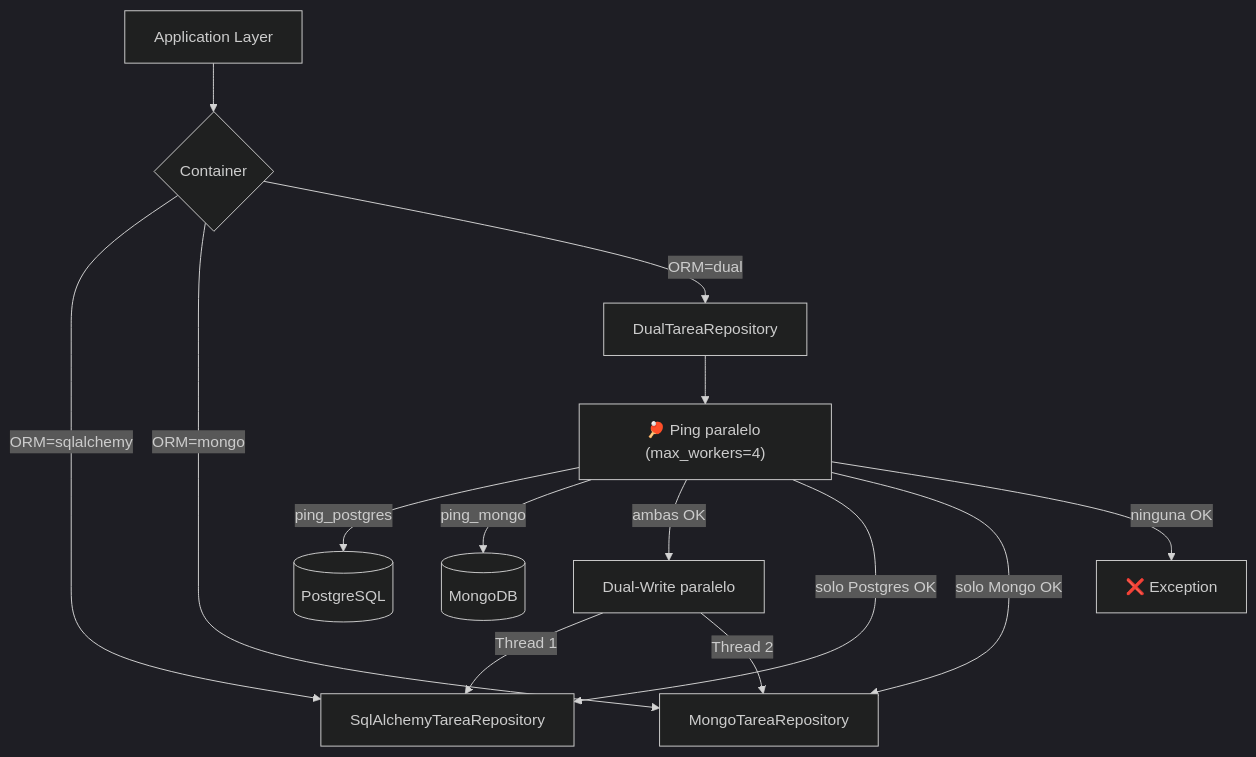
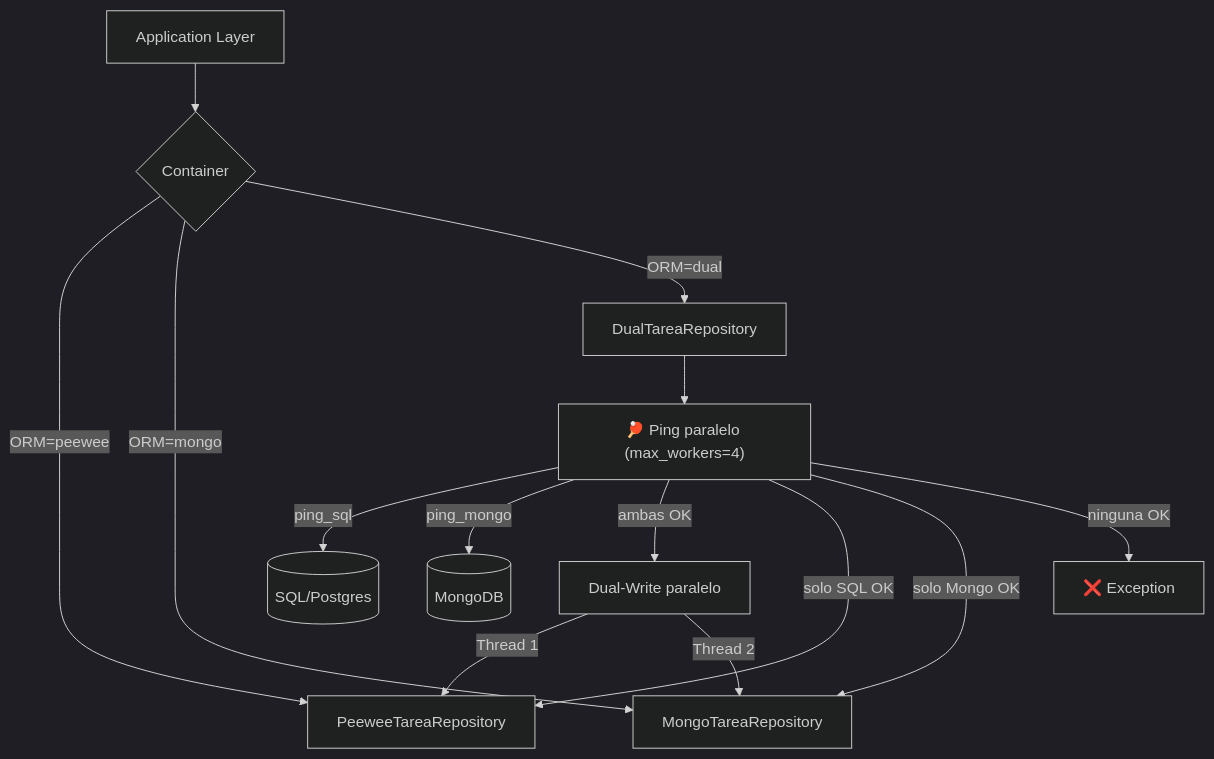
The first of 4 diagrams in infrastructure/dual/README.md (PabSdev/Arquitectura), drawn with Mermaid (dark theme) before and after one commit. The commit also changed other lines of this file and 19 other files, not shown here.

First line of the commit message:
Replace SQLAlchemy with Peewee ORM

````diff
--- a/infrastructure/dual/README.md
+++ b/infrastructure/dual/README.md
@@ -19,19 +19,19 @@
 ```mermaid
 graph TB
     A[Application Layer] --> B{Container}
-    B -->|ORM=sqlalchemy| C[SqlAlchemyTareaRepository]
+    B -->|ORM=peewee| C[PeeweeTareaRepository]
     B -->|ORM=mongo| D[MongoTareaRepository]
     B -->|ORM=dual| E[DualTareaRepository]
 
     E --> P["🏓 Ping paralelo (max_workers=4)"]
-    P -->|ping_postgres| G[(PostgreSQL)]
+    P -->|ping_sql| G[(SQL/Postgres)]
     P -->|ping_mongo| H[(MongoDB)]
 
     P -->|ambas OK| F[Dual-Write paralelo]
-    P -->|solo Postgres OK| C
+    P -->|solo SQL OK| C
     P -->|solo Mongo OK| D
     P -->|ninguna OK| X[❌ Exception]
 
     F -->|Thread 1| C
     F -->|Thread 2| D
 ```
````
